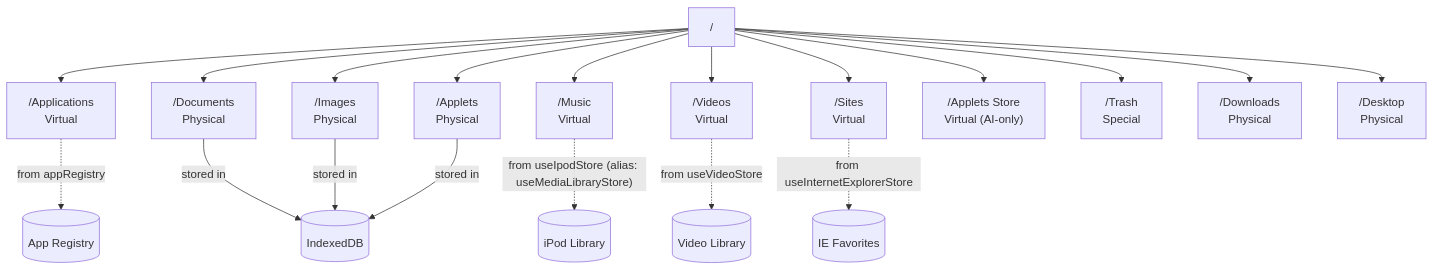
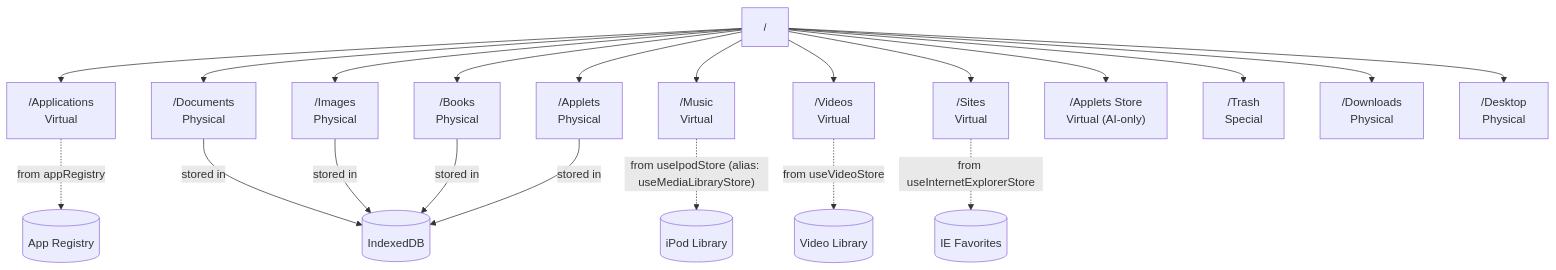
One commit to ryokun6/ryos changed the second of 2 diagrams in docs/5-file-system.md. Above: the diagram before and after it, drawn with Mermaid. The commit also changed other lines of this file and 19 other files, not shown here.

````diff
--- a/docs/5-file-system.md
+++ b/docs/5-file-system.md
@@ -82,23 +84,25 @@
 ```mermaid
 graph TD
     Root["/"] --> Apps["/Applications<br/>Virtual"]
     Root --> Docs["/Documents<br/>Physical"]
     Root --> Imgs["/Images<br/>Physical"]
+    Root --> Books["/Books<br/>Physical"]
     Root --> Music["/Music<br/>Virtual"]
     Root --> Videos["/Videos<br/>Virtual"]
     Root --> Sites["/Sites<br/>Virtual"]
     Root --> Applets["/Applets<br/>Physical"]
     Root --> AppletsStore["/Applets Store<br/>Virtual (AI-only)"]
     Root --> Trash["/Trash<br/>Special"]
     Root --> Downloads["/Downloads<br/>Physical"]
     Root --> Desktop["/Desktop<br/>Physical"]
     
     Apps -.->|"from appRegistry"| AppReg[(App Registry)]
     Music -.->|"from useIpodStore (alias: useMediaLibraryStore)"| iPod[(iPod Library)]
     Videos -.->|"from useVideoStore"| VidLib[(Video Library)]
     Sites -.->|"from useInternetExplorerStore"| IEFav[(IE Favorites)]
     
     Docs -->|"stored in"| IDB[(IndexedDB)]
     Imgs -->|"stored in"| IDB
+    Books -->|"stored in"| IDB
     Applets -->|"stored in"| IDB
 ```
````
